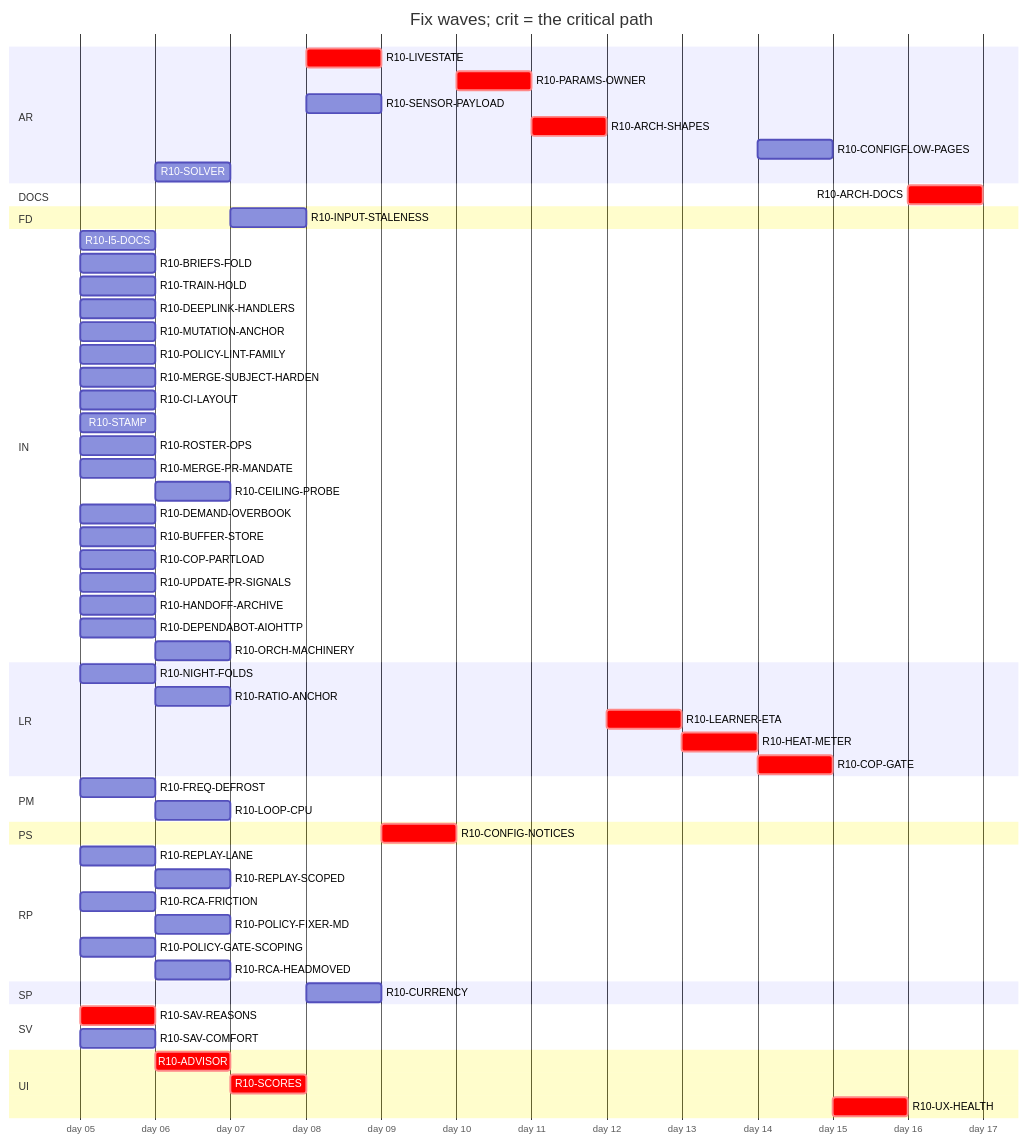
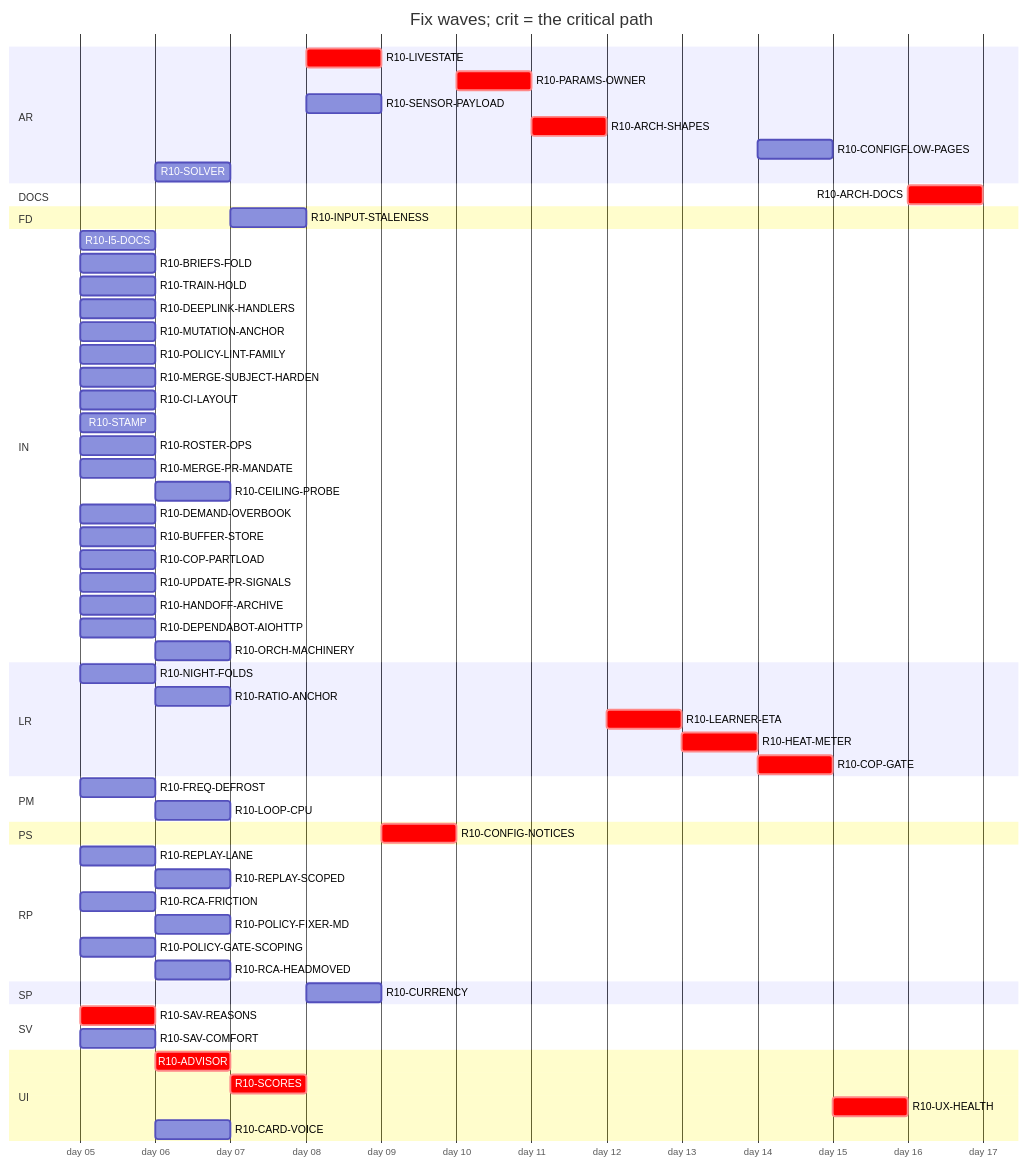
Before and after one commit to tvofi/heatpump_optimizer: the diagram in handoff/round10/state/PLAN-TABLE.md, drawn with Mermaid. The commit also changed other lines of this file and 1 other file, not shown here.

````diff
--- a/handoff/round10/state/PLAN-TABLE.md
+++ b/handoff/round10/state/PLAN-TABLE.md
@@ -24,64 +24,65 @@
 ```mermaid
 gantt
   title Fix waves; crit = the critical path
   dateFormat YYYY-MM-DD
   axisFormat day %d
   section AR
     R10-LIVESTATE :crit, r10LIVESTATE, after r10SCORES, 1d
     R10-PARAMS-OWNER :crit, r10PARAMSOWNER, after r10CONFIGNOTICES, 1d
     R10-SENSOR-PAYLOAD :r10SENSORPAYLOAD, after r10SCORES, 1d
     R10-ARCH-SHAPES :crit, r10ARCHSHAPES, after r10PARAMSOWNER r10SENSORPAYLOAD r10FREQDEFROST, 1d
     R10-CONFIGFLOW-PAGES :r10CONFIGFLOWPAGES, after r10HEATMETER, 1d
     R10-SOLVER :r10SOLVER, after r10SAVREASONS, 1d
   section DOCS
     R10-ARCH-DOCS :crit, r10ARCHDOCS, after r10NIGHTFOLDS r10RATIOANCHOR r10INPUTSTALENESS r10CURRENCY r10FREQDEFROST r10LOOPCPU r10SAVREASONS r10ADVISOR r10SCORES r10LIVESTATE r10CONFIGNOTICES r10PARAMSOWNER r10SENSORPAYLOAD r10ARCHSHAPES r10LEARNERETA r10HEATMETER r10COPGATE r10UXHEALTH r10CONFIGFLOWPAGES r10SOLVER r10I5DOCS r10BRIEFSFOLD r10REPLAYLANE r10REPLAYSCOPED r10TRAINHOLD r10DEEPLINKHANDLERS, 1d
   section FD
     R10-INPUT-STALENESS :r10INPUTSTALENESS, after r10RATIOANCHOR, 1d
   section IN
     R10-I5-DOCS :r10I5DOCS, 2026-01-05, 1d
     R10-BRIEFS-FOLD :r10BRIEFSFOLD, 2026-01-05, 1d
     R10-TRAIN-HOLD :r10TRAINHOLD, 2026-01-05, 1d
     R10-DEEPLINK-HANDLERS :r10DEEPLINKHANDLERS, 2026-01-05, 1d
     R10-MUTATION-ANCHOR :r10MUTATIONANCHOR, 2026-01-05, 1d
     R10-POLICY-LINT-FAMILY :r10POLICYLINTFAMILY, 2026-01-05, 1d
     R10-MERGE-SUBJECT-HARDEN :r10MERGESUBJECTHARDEN, 2026-01-05, 1d
     R10-CI-LAYOUT :r10CILAYOUT, 2026-01-05, 1d
     R10-STAMP :r10STAMP, 2026-01-05, 1d
     R10-ROSTER-OPS :r10ROSTEROPS, 2026-01-05, 1d
     R10-MERGE-PR-MANDATE :r10MERGEPRMANDATE, 2026-01-05, 1d
     R10-CEILING-PROBE :r10CEILINGPROBE, after r10CILAYOUT r10NIGHTFOLDS, 1d
     R10-DEMAND-OVERBOOK :r10DEMANDOVERBOOK, 2026-01-05, 1d
     R10-BUFFER-STORE :r10BUFFERSTORE, 2026-01-05, 1d
     R10-COP-PARTLOAD :r10COPPARTLOAD, 2026-01-05, 1d
     R10-UPDATE-PR-SIGNALS :r10UPDATEPRSIGNALS, 2026-01-05, 1d
     R10-HANDOFF-ARCHIVE :r10HANDOFFARCHIVE, 2026-01-05, 1d
     R10-DEPENDABOT-AIOHTTP :r10DEPENDABOTAIOHTTP, 2026-01-05, 1d
     R10-ORCH-MACHINERY :r10ORCHMACHINERY, after r10ROSTEROPS r10CILAYOUT, 1d
   section LR
     R10-NIGHT-FOLDS :r10NIGHTFOLDS, 2026-01-05, 1d
     R10-RATIO-ANCHOR :r10RATIOANCHOR, after r10NIGHTFOLDS, 1d
     R10-LEARNER-ETA :crit, r10LEARNERETA, after r10ARCHSHAPES, 1d
     R10-HEAT-METER :crit, r10HEATMETER, after r10LEARNERETA r10INPUTSTALENESS r10RATIOANCHOR, 1d
     R10-COP-GATE :crit, r10COPGATE, after r10HEATMETER r10SENSORPAYLOAD, 1d
   section PM
     R10-FREQ-DEFROST :r10FREQDEFROST, 2026-01-05, 1d
     R10-LOOP-CPU :r10LOOPCPU, after r10FREQDEFROST, 1d
   section PS
     R10-CONFIG-NOTICES :crit, r10CONFIGNOTICES, after r10LIVESTATE, 1d
   section RP
     R10-REPLAY-LANE :r10REPLAYLANE, 2026-01-05, 1d
     R10-REPLAY-SCOPED :r10REPLAYSCOPED, after r10REPLAYLANE r10TRAINHOLD, 1d
     R10-RCA-FRICTION :r10RCAFRICTION, 2026-01-05, 1d
     R10-POLICY-FIXER-MD :r10POLICYFIXERMD, after r10RCAFRICTION r10BRIEFSFOLD, 1d
     R10-POLICY-GATE-SCOPING :r10POLICYGATESCOPING, 2026-01-05, 1d
     R10-RCA-HEADMOVED :r10RCAHEADMOVED, after r10RCAFRICTION, 1d
   section SP
     R10-CURRENCY :r10CURRENCY, after r10INPUTSTALENESS, 1d
   section SV
     R10-SAV-REASONS :crit, r10SAVREASONS, 2026-01-05, 1d
     R10-SAV-COMFORT :r10SAVCOMFORT, 2026-01-05, 1d
   section UI
     R10-ADVISOR :crit, r10ADVISOR, after r10SAVREASONS, 1d
     R10-SCORES :crit, r10SCORES, after r10ADVISOR, 1d
     R10-UX-HEALTH :crit, r10UXHEALTH, after r10SCORES r10COPGATE r10HEATMETER, 1d
+    R10-CARD-VOICE :r10CARDVOICE, after r10DEEPLINKHANDLERS, 1d
 ```
````
